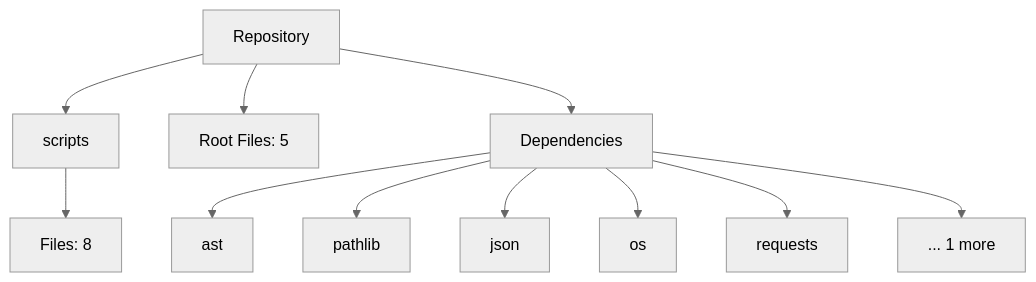
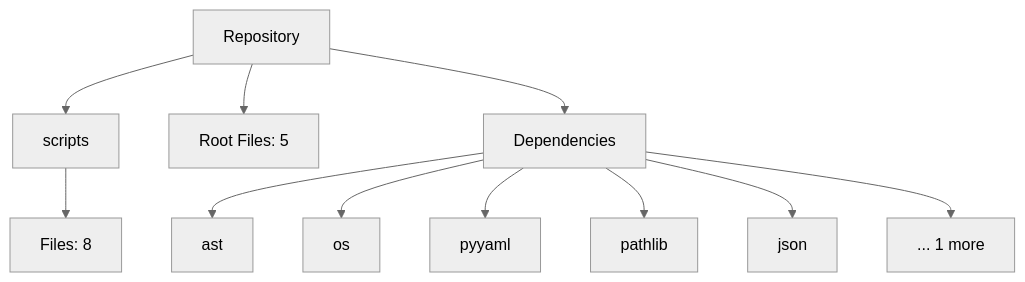
The diagram in README.md (NITISH-R-G/Smart-Task-Tracker-macOS-Dark-Edition-), drawn with Mermaid (neutral theme) before and after one commit. The commit also changed 4 other files, not shown here.

Commit message:
docs(auto): Automatically update repository architecture and README

````diff
--- a/README.md
+++ b/README.md
@@ -17,15 +17,15 @@
 ```mermaid
 graph TD
     Root[Repository]
     Root --> scripts[scripts]
     scripts --> scripts_files[Files: 8]
     Root --> Root_files[Root Files: 5]
     Root --> Deps[Dependencies]
     Deps --> ast[ast]
+    Deps --> os[os]
+    Deps --> pyyaml[pyyaml]
     Deps --> pathlib[pathlib]
     Deps --> json[json]
-    Deps --> os[os]
-    Deps --> requests[requests]
     Deps --> MoreDeps[... 1 more]
 
 ```
````
